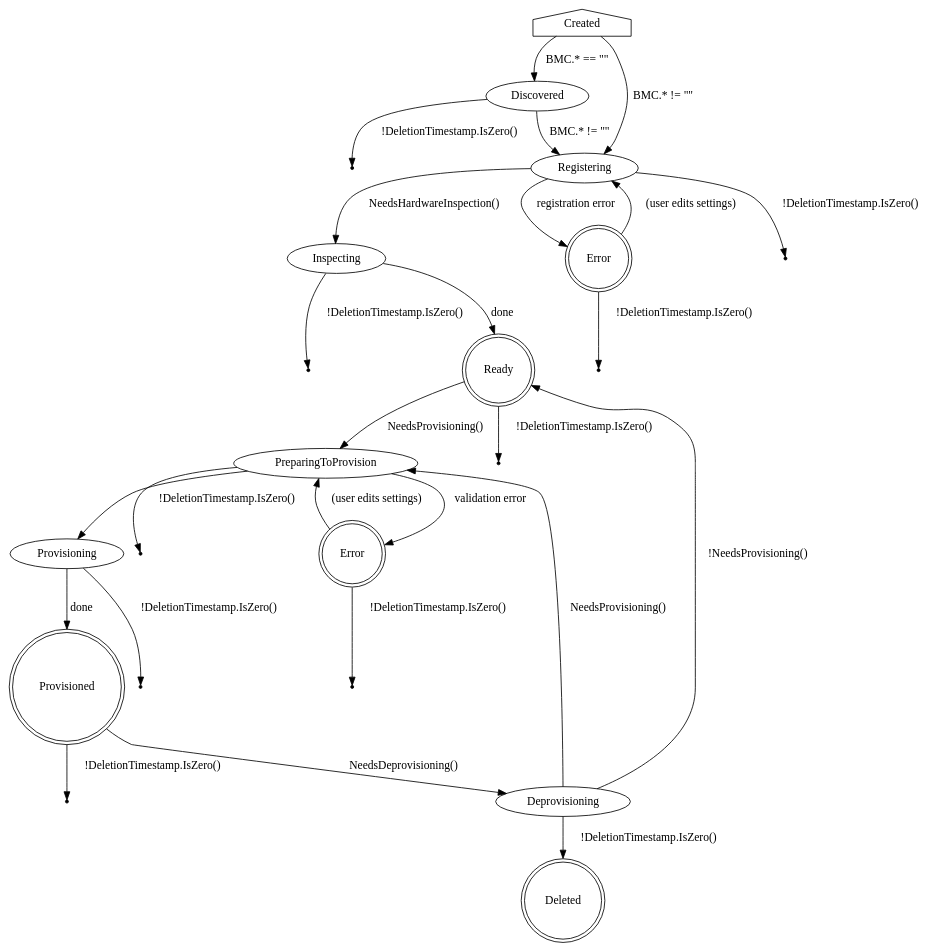
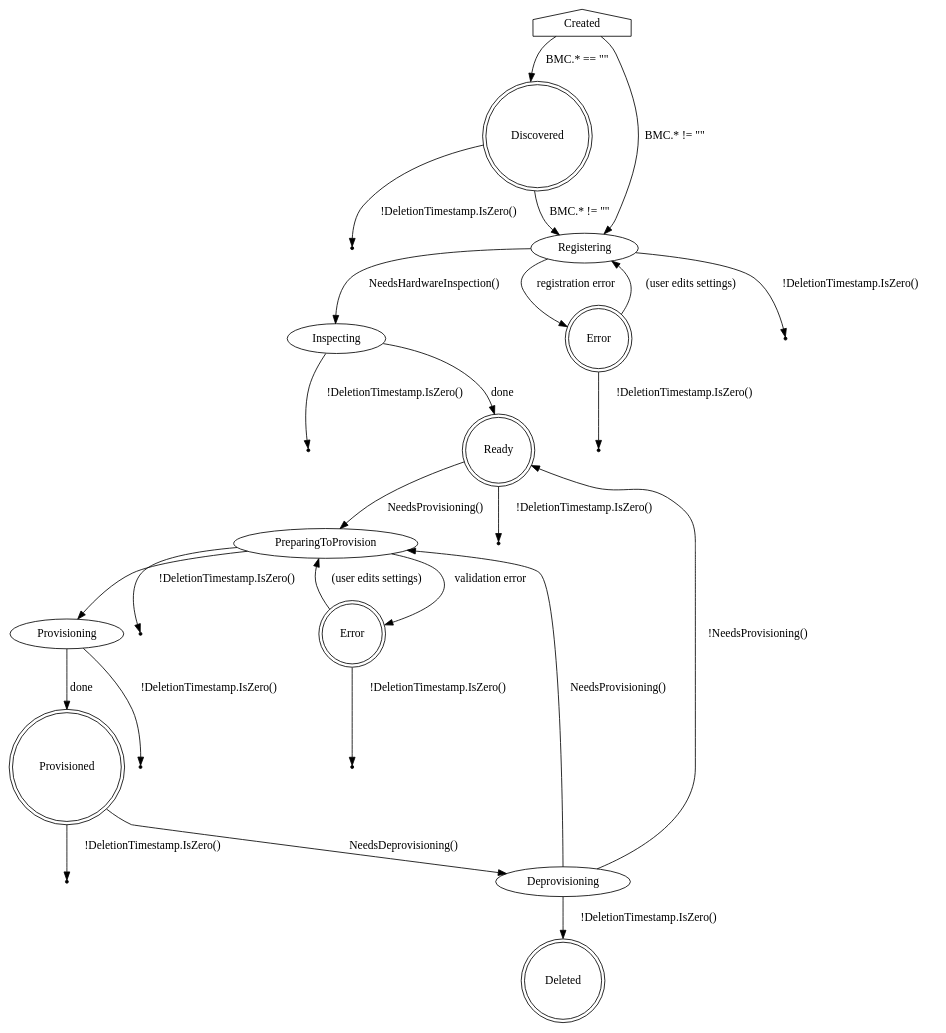
One commit to metal3-io/baremetal-operator changed the diagram in docs/BaremetalHost_ProvisioningState.dot. Above: the diagram before and after it, drawn with Graphviz. The commit also changed 1 other file, not shown here.

Commit message:
show "discovered" as a steady state
The host will sit in the discovered state until it is modified

```diff
--- a/docs/BaremetalHost_ProvisioningState.dot
+++ b/docs/BaremetalHost_ProvisioningState.dot
@@ -1,62 +1,63 @@
 digraph BaremetalHost {
     Created [shape=house]
     Created -> Discovered [label="BMC.* == \"\""]
     Created -> Registering [label="BMC.* != \"\""]
 
+    Discovered [shape=doublecircle]
     Discovered -> Registering [label="BMC.* != \"\""]
     Discovered -> Deleted1 [label="!DeletionTimestamp.IsZero()"]
 
     Deleted1 [shape=point]
 
     Registering -> Inspecting [label="NeedsHardwareInspection()"]
     Registering -> RegistrationError [shape=doublecircle label="registration error"]
     Registering -> Deleted2 [label="!DeletionTimestamp.IsZero()"]
 
     Deleted2 [shape=point]
 
     Inspecting -> Ready [label="done"]
     Inspecting -> Deleted3 [label="!DeletionTimestamp.IsZero()"]
 
     Deleted3 [shape=point]
 
     RegistrationError [shape=doublecircle label="Error"]
     RegistrationError -> Registering [label="(user edits settings)"]
     RegistrationError -> Deleted4 [label="!DeletionTimestamp.IsZero()"]
 
     Deleted4 [shape=point]
 
     Ready [shape=doublecircle]
     Ready -> PreparingToProvision [label="NeedsProvisioning()"]
     Ready -> Deleted5 [label="!DeletionTimestamp.IsZero()"]
 
     Deleted5 [shape=point]
 
     PreparingToProvision -> ValidationError [label="validation error"]
     PreparingToProvision -> Provisioning
     PreparingToProvision -> Deleted6 [label="!DeletionTimestamp.IsZero()"]
 
     Deleted6 [shape=point]
 
     ValidationError [shape=doublecircle label="Error"]
     ValidationError -> PreparingToProvision [label="(user edits settings)"]
     ValidationError -> Deleted7 [label="!DeletionTimestamp.IsZero()"]
 
     Deleted7 [shape=point]
 
     Provisioning -> Provisioned [label=done]
     Provisioning -> Deleted8 [label="!DeletionTimestamp.IsZero()"]
 
     Deleted8 [shape=point]
 
     Provisioned [shape=doublecircle]
     Provisioned -> Deprovisioning [label="NeedsDeprovisioning()"]
     Provisioned -> Deleted9 [label="!DeletionTimestamp.IsZero()"]
 
     Deleted9 [shape=point]
 
     Deprovisioning -> PreparingToProvision [label="NeedsProvisioning()"]
     Deprovisioning -> Ready [label="!NeedsProvisioning()"]
     Deprovisioning -> Deleted [label="!DeletionTimestamp.IsZero()"]
 
     Deleted [shape=doublecircle]
 }
```
